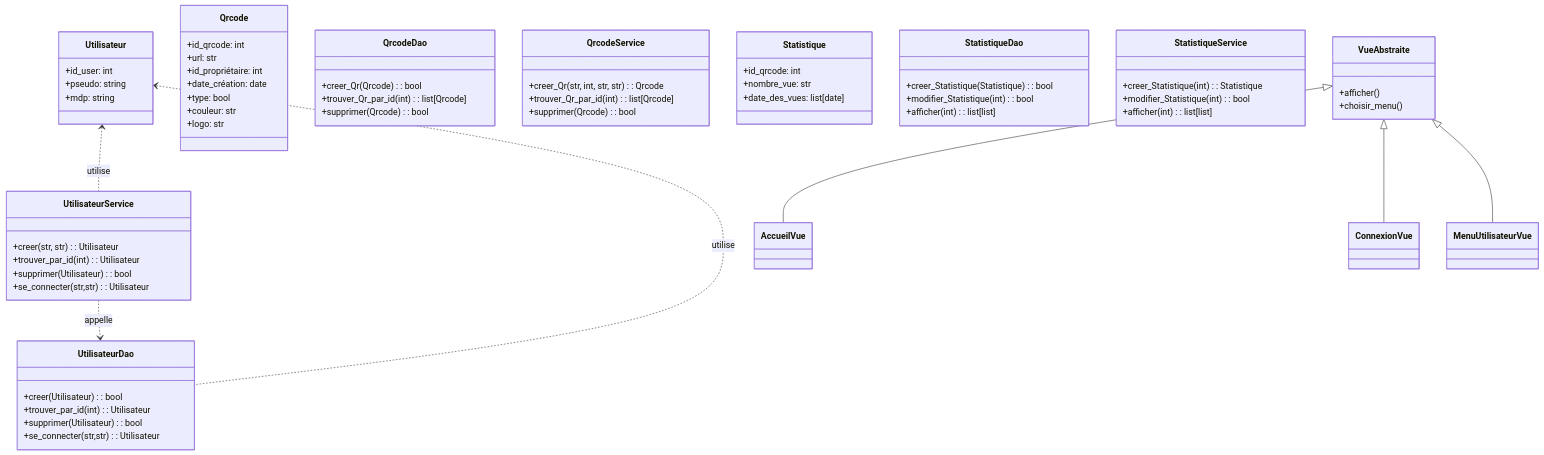
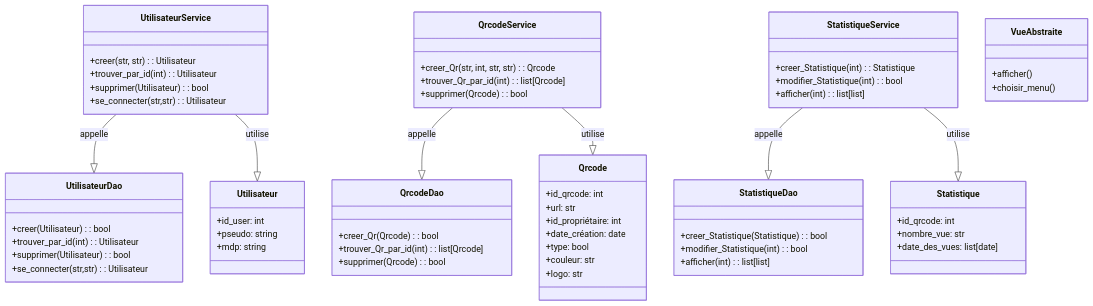
Before and after one commit to AdamLaporte/ENSAI-2A-projet-info-groupe-32: the diagram in doc/diag_classes.md, drawn with Mermaid. The commit also changed 1 other file, not shown here.

Commit message:
avancé des diag de classe

````diff
--- a/doc/diag_classes.md
+++ b/doc/diag_classes.md
@@ -17,78 +17,81 @@
 ```mermaid
 classDiagram
     class Utilisateur {
         +id_user: int
         +pseudo: string
         +mdp: string
     }
     
     class UtilisateurDao {
         +creer(Utilisateur): bool
         +trouver_par_id(int): Utilisateur
         +supprimer(Utilisateur): bool
         +se_connecter(str,str): Utilisateur
     }
     
     class UtilisateurService {
         +creer(str, str): Utilisateur
         +trouver_par_id(int): Utilisateur
         +supprimer(Utilisateur): bool
         +se_connecter(str,str): Utilisateur
     }
 
     class Qrcode {
         +id_qrcode: int
         +url: str
         +id_propriétaire: int
         +date_création: date
         +type: bool
         +couleur: str
         +logo: str
     }
     
     class QrcodeDao {
         +creer_Qr(Qrcode): bool
         +trouver_Qr_par_id(int): list[Qrcode]
         +supprimer(Qrcode): bool
     }
     
     class QrcodeService {
         +creer_Qr(str, int, str, str): Qrcode
         +trouver_Qr_par_id(int): list[Qrcode]
         +supprimer(Qrcode): bool
     }
 
     class Statistique {
         +id_qrcode: int
         +nombre_vue: str
         +date_des_vues: list[date]
     }
     
     class StatistiqueDao {
         +creer_Statistique(Statistique): bool
         +modifier_Statistique(int): bool
         +afficher(int): list[list]
 
     }
     
     class StatistiqueService {
         +creer_Statistique(int): Statistique
         +modifier_Statistique(int): bool
         +afficher(int): list[list]
     }
 
     class VueAbstraite{
       +afficher()
       +choisir_menu()
     }
 
-    VueAbstraite <|-- AccueilVue
-    VueAbstraite <|-- ConnexionVue
-    VueAbstraite <|-- MenuUtilisateurVue
-    UtilisateurService ..> UtilisateurDao : appelle
-    Utilisateur <.. UtilisateurService: utilise
-    Utilisateur <.. UtilisateurDao: utilise
+
+    UtilisateurService --|> UtilisateurDao : appelle
+    UtilisateurService --|> Utilisateur: utilise
+
+    StatistiqueService --|> StatistiqueDao : appelle
+    StatistiqueService --|> Statistique: utilise
+
+    QrcodeService --|> QrcodeDao : appelle
+    QrcodeService --|> Qrcode : utilise
 
 
 
 ```
````
